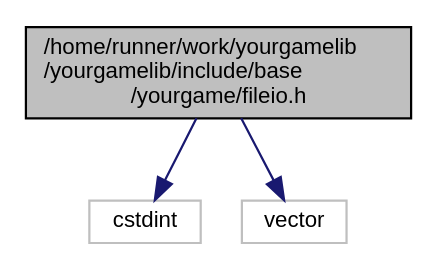
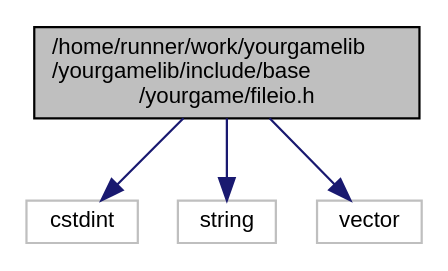
One commit to duddel/yourgamelib changed the diagram in fileio_8h__incl.dot. Above: the diagram before and after it, drawn with Graphviz. The commit also changed 23 other files, not shown here.

```diff
--- a/fileio_8h__incl.dot
+++ b/fileio_8h__incl.dot
@@ -1,10 +1,12 @@
 digraph "/home/runner/work/yourgamelib/yourgamelib/include/base/yourgame/fileio.h"
 {
   edge [fontname="Helvetica",fontsize="10",labelfontname="Helvetica",labelfontsize="10"];
   node [fontname="Helvetica",fontsize="10",shape=record];
   Node0 [label="/home/runner/work/yourgamelib\l/yourgamelib/include/base\l/yourgame/fileio.h",height=0.2,width=0.4,color="black", fillcolor="grey75", style="filled", fontcolor="black"];
   Node0 -> Node1 [color="midnightblue",fontsize="10",style="solid",fontname="Helvetica"];
   Node1 [label="cstdint",height=0.2,width=0.4,color="grey75", fillcolor="white", style="filled"];
   Node0 -> Node2 [color="midnightblue",fontsize="10",style="solid",fontname="Helvetica"];
-  Node2 [label="vector",height=0.2,width=0.4,color="grey75", fillcolor="white", style="filled"];
+  Node2 [label="string",height=0.2,width=0.4,color="grey75", fillcolor="white", style="filled"];
+  Node0 -> Node3 [color="midnightblue",fontsize="10",style="solid",fontname="Helvetica"];
+  Node3 [label="vector",height=0.2,width=0.4,color="grey75", fillcolor="white", style="filled"];
 }
```
